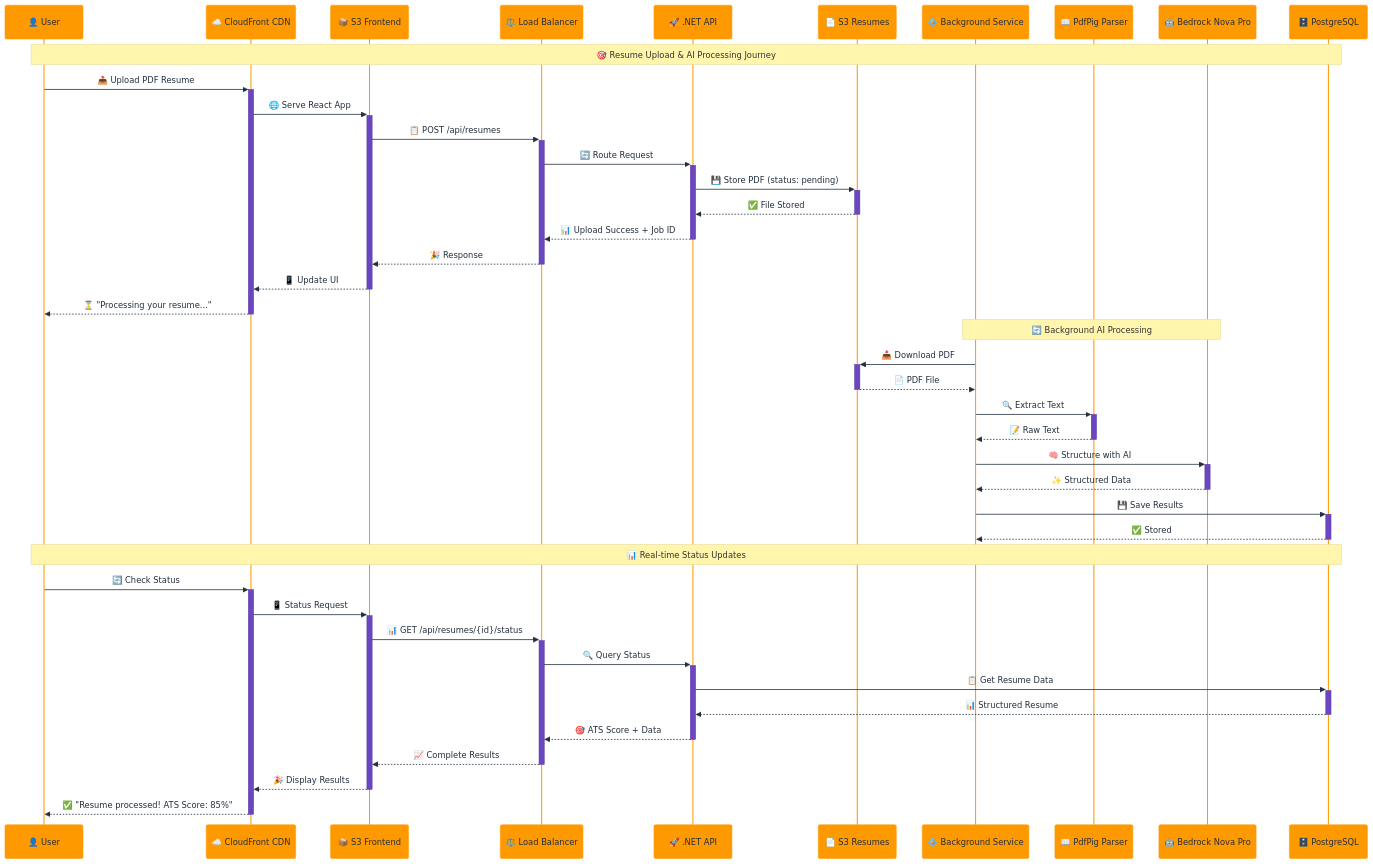
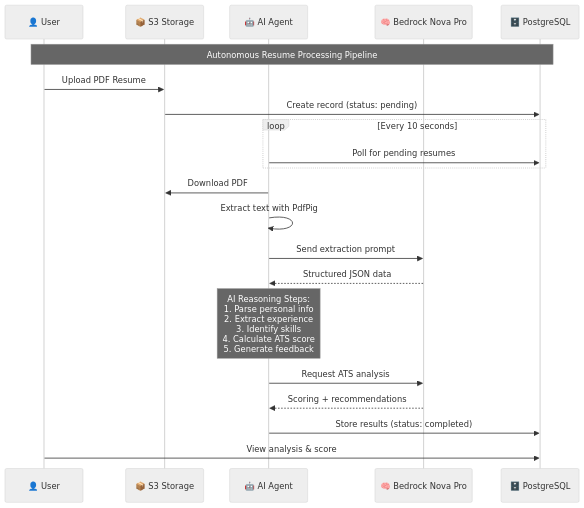
One commit to d3osaju/hirethemnow changed the first of 2 diagrams in README.md. Above: the diagram before and after it, drawn with Mermaid. The commit also changed other lines of this file and 80 other files, not shown here.

````diff
--- a/README.md
+++ b/README.md
@@ -14,52 +50,31 @@
 ```mermaid
-%%{init: {'theme':'base', 'themeVariables': { 'primaryColor': '#ff9900', 'primaryTextColor': '#232f3e', 'primaryBorderColor': '#ff9900', 'lineColor': '#10b981', 'secondaryColor': '#6b46c1', 'tertiaryColor': '#f59e0b'}}}%%
+%%{init: {'theme':'neutral'}}%%
 sequenceDiagram
     participant U as 👤 User
-    participant CF as ☁️ CloudFront CDN
-    participant S3F as 📦 S3 Frontend
-    participant ELB as ⚖️ Load Balancer
-    participant API as 🚀 .NET API
-    participant S3R as 📄 S3 Resumes
-    participant BG as ⚙️ Background Service
-    participant PDF as 📖 PdfPig Parser
-    participant AI as 🤖 Bedrock Nova Pro
+    participant S3 as 📦 S3 Storage
+    participant Agent as 🤖 AI Agent
+    participant Bedrock as 🧠 Bedrock Nova Pro
     participant DB as 🗄️ PostgreSQL
 
-    Note over U,DB: 🎯 Resume Upload & AI Processing Journey
+    Note over U,DB: Autonomous Resume Processing Pipeline
 
-    U->>+CF: 📤 Upload PDF Resume
-    CF->>+S3F: 🌐 Serve React App
-    S3F->>+ELB: 📋 POST /api/resumes
-    ELB->>+API: 🔄 Route Request
-    
-    API->>+S3R: 💾 Store PDF (status: pending)
-    S3R-->>-API: ✅ File Stored
-    API-->>-ELB: 📊 Upload Success + Job ID
-    ELB-->>-S3F: 🎉 Response
-    S3F-->>-CF: 📱 Update UI
-    CF-->>-U: ⏳ "Processing your resume..."
+    U->>S3: Upload PDF Resume
+    S3->>DB: Create record (status: pending)
 
-    Note over BG,AI: 🔄 Background AI Processing
+    loop Every 10 seconds
+        Agent->>DB: Poll for pending resumes
+    end
 
-    BG->>+S3R: 📥 Download PDF
-    S3R-->>-BG: 📄 PDF File
-    BG->>+PDF: 🔍 Extract Text
-    PDF-->>-BG: 📝 Raw Text
-    BG->>+AI: 🧠 Structure with AI
-    AI-->>-BG: ✨ Structured Data
-    BG->>+DB: 💾 Save Results
-    DB-->>-BG: ✅ Stored
+    Agent->>S3: Download PDF
+    Agent->>Agent: Extract text with PdfPig
+    Agent->>Bedrock: Send extraction prompt
+    Bedrock-->>Agent: Structured JSON data
 
-    Note over U,DB: 📊 Real-time Status Updates
+    Note over Agent: AI Reasoning Steps:<br/>1. Parse personal info<br/>2. Extract experience<br/>3. Identify skills<br/>4. Calculate ATS score<br/>5. Generate feedback
 
-    U->>+CF: 🔄 Check Status
-    CF->>+S3F: 📱 Status Request
-    S3F->>+ELB: 📊 GET /api/resumes/{id}/status
-    ELB->>+API: 🔍 Query Status
-    API->>+DB: 📋 Get Resume Data
-    DB-->>-API: 📊 Structured Resume
-    API-->>-ELB: 🎯 ATS Score + Data
-    ELB-->>-S3F: 📈 Complete Results
-    S3F-->>-CF: 🎉 Display Results
-    CF-->>-U: ✅ "Resume processed! ATS Score: 85%"
+    Agent->>Bedrock: Request ATS analysis
+    Bedrock-->>Agent: Scoring + recommendations
+    Agent->>DB: Store results (status: completed)
+
+    U->>DB: View analysis & score
 ```
````
